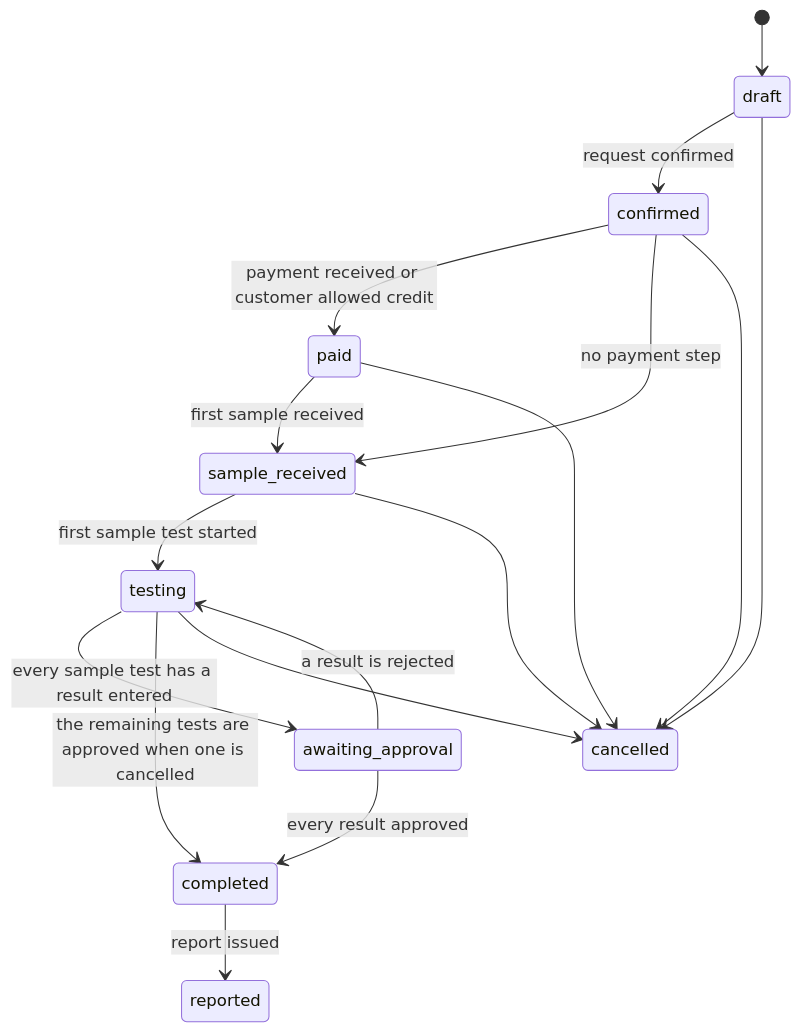
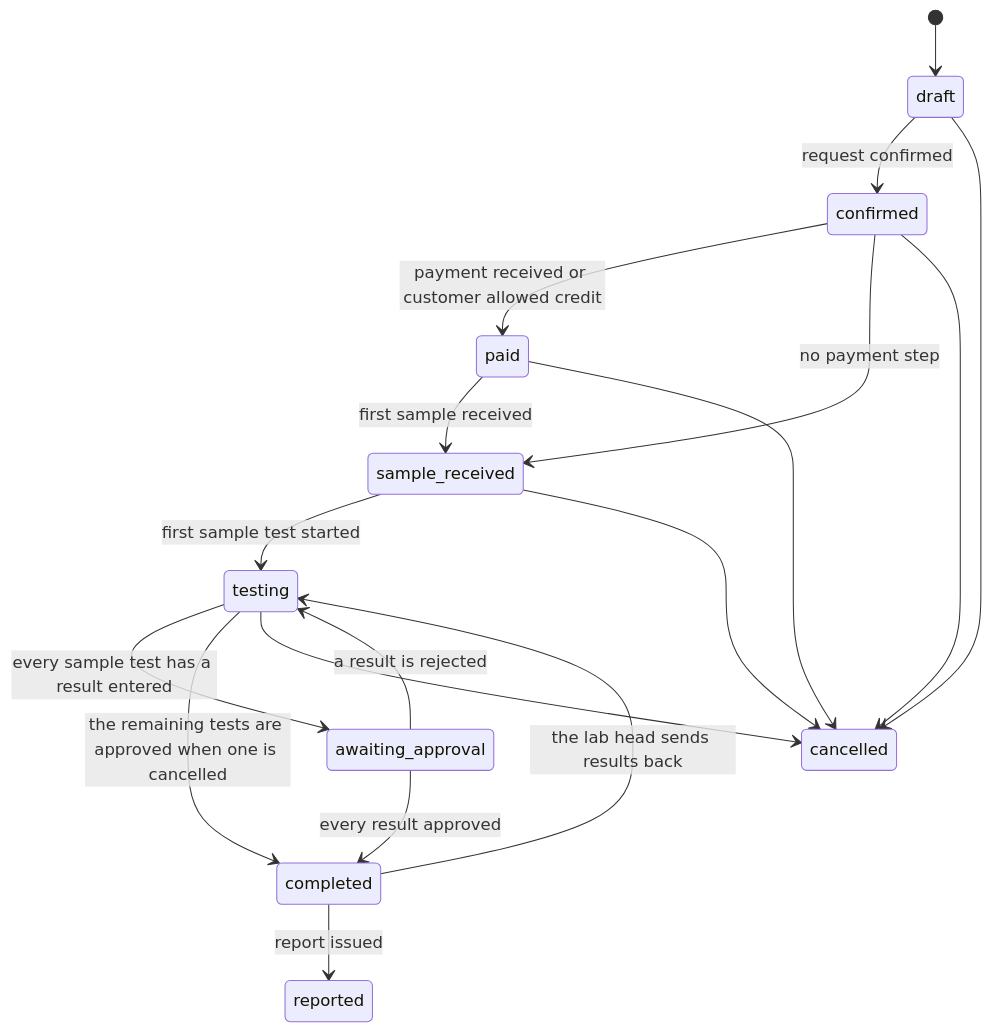
One commit to SoltuneMontepre/medilab changed the second of 6 diagrams in docs/functional/laboratory_module/overview.md. Above: the diagram before and after it, drawn with Mermaid. The commit also changed other lines of this file and 49 other files, not shown here.

````diff
--- a/docs/functional/laboratory_module/overview.md
+++ b/docs/functional/laboratory_module/overview.md
@@ -43,19 +43,20 @@
 ```mermaid
 stateDiagram-v2
     [*] --> draft
     draft --> confirmed: request confirmed
     confirmed --> paid: payment received or customer allowed credit
     confirmed --> sample_received: no payment step
     paid --> sample_received: first sample received
     sample_received --> testing: first sample test started
     testing --> awaiting_approval: every sample test has a result entered
     awaiting_approval --> testing: a result is rejected
     awaiting_approval --> completed: every result approved
     testing --> completed: the remaining tests are approved when one is cancelled
     completed --> reported: report issued
+    completed --> testing: the lab head sends results back
     draft --> cancelled
     confirmed --> cancelled
     paid --> cancelled
     sample_received --> cancelled
     testing --> cancelled
 ```
````
